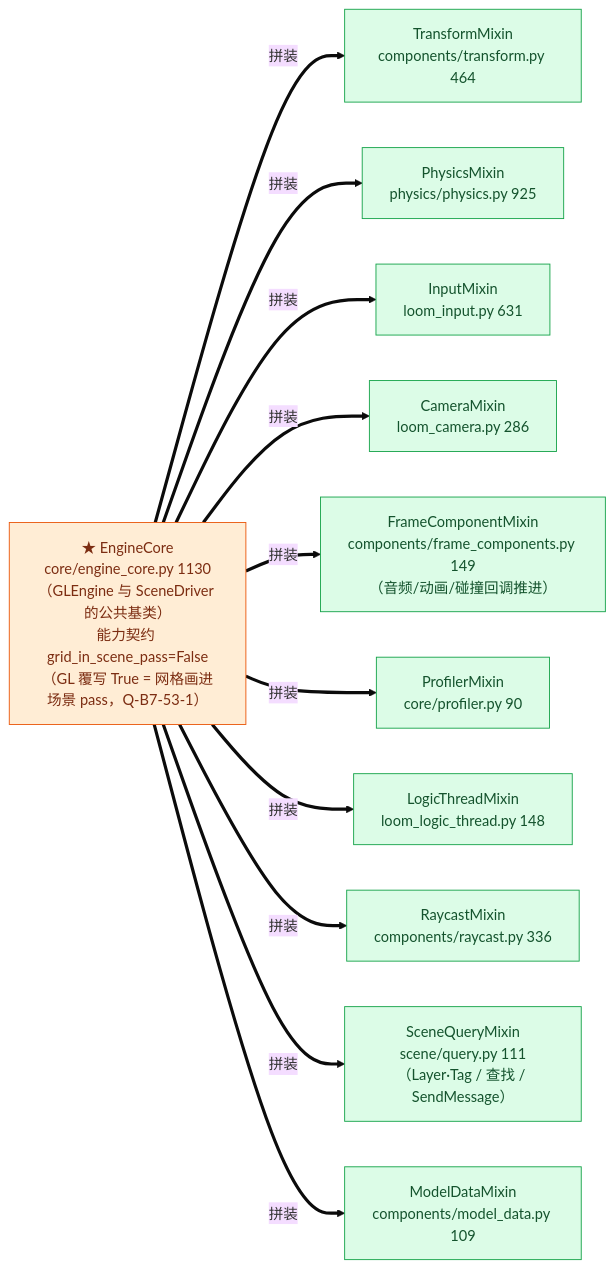
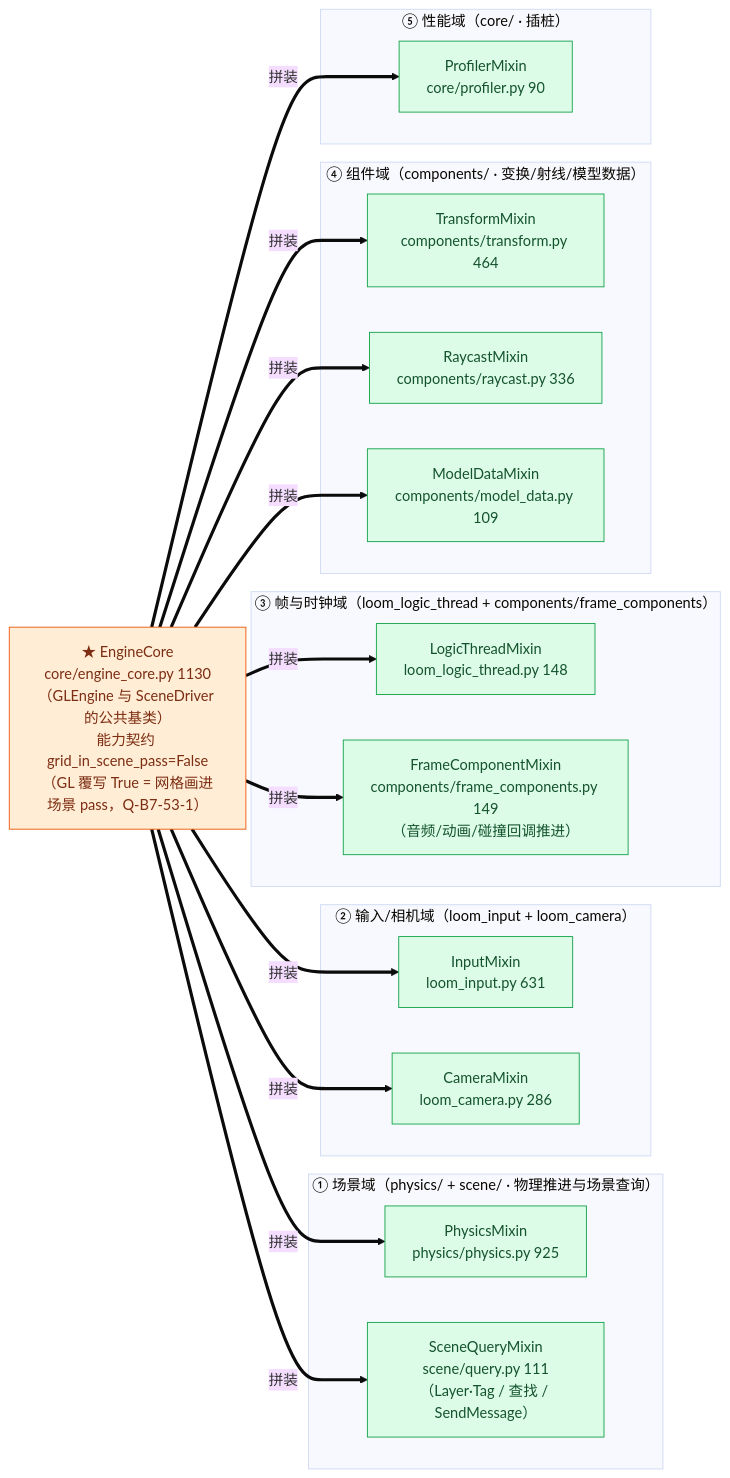
The third of 23 diagrams in ARCHITECTURE.md (lhy302/WeaveEngine), drawn with Mermaid (base theme) before and after one commit. The commit also changed other lines of this file, not shown here.

Commit message:
docs: 图 2~7 全部改为功能模块分框结构（图 1 样板推广：subgraph=归属目录+职责，框内=真实文件，跨框连线=模块关系）

````diff
--- a/ARCHITECTURE.md
+++ b/ARCHITECTURE.md
@@ -270,26 +280,36 @@
 ```mermaid
 flowchart LR
   K["★ EngineCore<br/>core/engine_core.py 1130<br/>（GLEngine 与 SceneDriver 的公共基类）<br/>能力契约 grid_in_scene_pass=False<br/>（GL 覆写 True = 网格画进场景 pass，Q-B7-53-1）"]:::contract
-  S1["TransformMixin<br/>components/transform.py 464"]:::impl
-  S2["PhysicsMixin<br/>physics/physics.py 925"]:::impl
-  S3["InputMixin<br/>loom_input.py 631"]:::impl
-  S4["CameraMixin<br/>loom_camera.py 286"]:::impl
-  S5["FrameComponentMixin<br/>components/frame_components.py 149<br/>（音频/动画/碰撞回调推进）"]:::impl
-  S6["ProfilerMixin<br/>core/profiler.py 90"]:::impl
-  S7["LogicThreadMixin<br/>loom_logic_thread.py 148"]:::impl
-  S8["RaycastMixin<br/>components/raycast.py 336"]:::impl
-  S9["SceneQueryMixin<br/>scene/query.py 111<br/>（Layer·Tag / 查找 / SendMessage）"]:::impl
-  S10["ModelDataMixin<br/>components/model_data.py 109"]:::impl
+  subgraph SCENEDOM["① 场景域（physics/ + scene/ · 物理推进与场景查询）"]
+    S2["PhysicsMixin<br/>physics/physics.py 925"]:::impl
+    S9["SceneQueryMixin<br/>scene/query.py 111<br/>（Layer·Tag / 查找 / SendMessage）"]:::impl
+  end
+  subgraph INPDOM["② 输入/相机域（loom_input + loom_camera）"]
+    S3["InputMixin<br/>loom_input.py 631"]:::impl
+    S4["CameraMixin<br/>loom_camera.py 286"]:::impl
+  end
+  subgraph FRAMEDOM["③ 帧与时钟域（loom_logic_thread + components/frame_components）"]
+    S7["LogicThreadMixin<br/>loom_logic_thread.py 148"]:::impl
+    S5["FrameComponentMixin<br/>components/frame_components.py 149<br/>（音频/动画/碰撞回调推进）"]:::impl
+  end
+  subgraph COMPDOM["④ 组件域（components/ · 变换/射线/模型数据）"]
+    S1["TransformMixin<br/>components/transform.py 464"]:::impl
+    S8["RaycastMixin<br/>components/raycast.py 336"]:::impl
+    S10["ModelDataMixin<br/>components/model_data.py 109"]:::impl
+  end
+  subgraph PERFDOM["⑤ 性能域（core/ · 插桩）"]
+    S6["ProfilerMixin<br/>core/profiler.py 90"]:::impl
+  end
   K ==>|拼装| S1
   K ==>|拼装| S2
   K ==>|拼装| S3
   K ==>|拼装| S4
   K ==>|拼装| S5
   K ==>|拼装| S6
   K ==>|拼装| S7
   K ==>|拼装| S8
   K ==>|拼装| S9
   K ==>|拼装| S10
   classDef contract fill:#ffedd5,stroke:#ea580c,color:#7c2d12
   classDef impl fill:#dcfce7,stroke:#16a34a,color:#14532d
 ```
````
